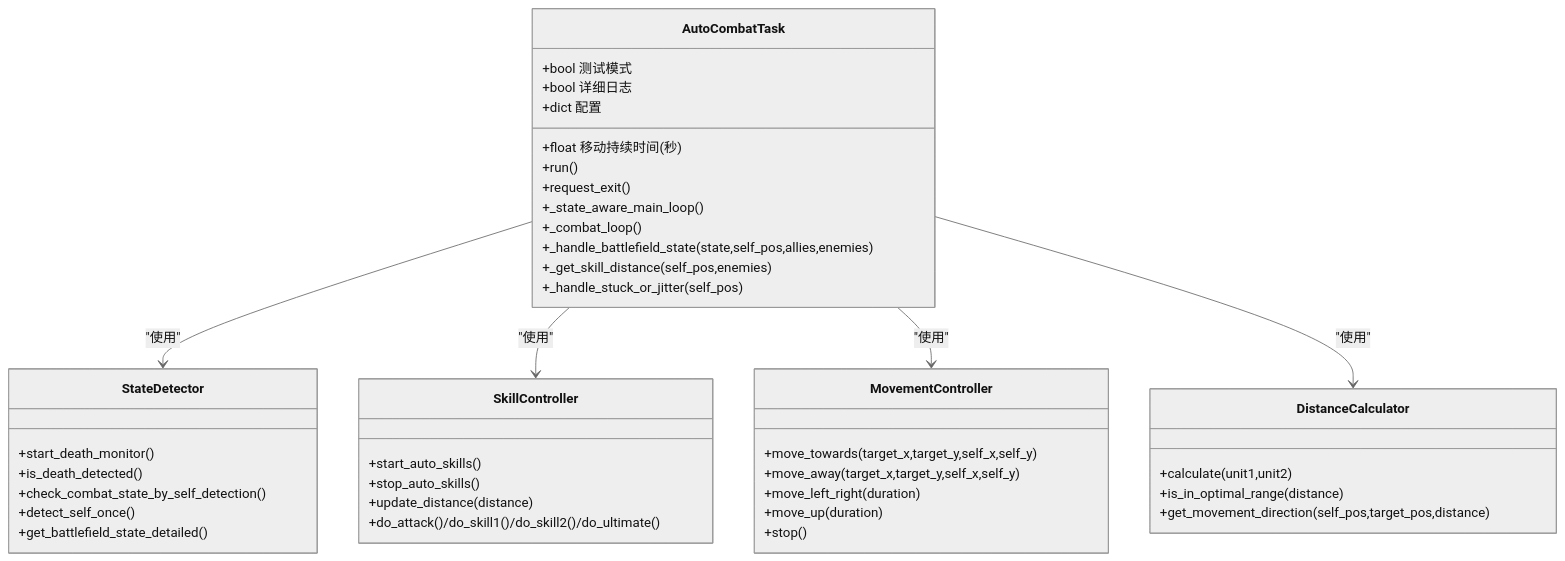
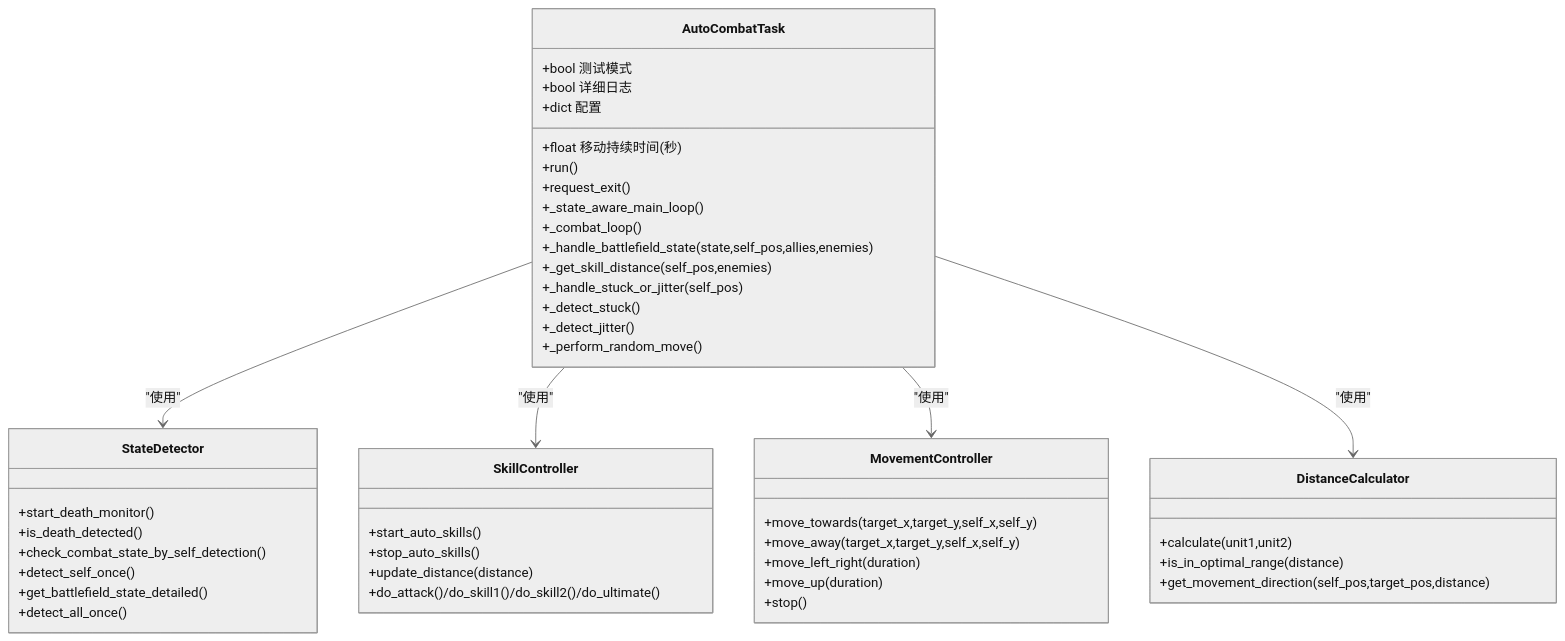
One commit to xsy098-max/ok-jump changed the third of 9 diagrams in .qoder/repowiki/zh/content/任务系统/自动战斗任务.md. Above: the diagram before and after it, drawn with Mermaid (neutral theme). The commit also changed other lines of this file and 21 other files, not shown here.

````diff
--- a/.qoder/repowiki/zh/content/任务系统/自动战斗任务.md
+++ b/.qoder/repowiki/zh/content/任务系统/自动战斗任务.md
@@ -165,45 +176,49 @@
 ```mermaid
 classDiagram
 class AutoCombatTask {
 +bool 测试模式
 +bool 详细日志
 +float 移动持续时间(秒)
 +dict 配置
 +run()
 +request_exit()
 +_state_aware_main_loop()
 +_combat_loop()
 +_handle_battlefield_state(state,self_pos,allies,enemies)
 +_get_skill_distance(self_pos,enemies)
 +_handle_stuck_or_jitter(self_pos)
++_detect_stuck()
++_detect_jitter()
++_perform_random_move()
 }
 class StateDetector {
 +start_death_monitor()
 +is_death_detected()
 +check_combat_state_by_self_detection()
 +detect_self_once()
 +get_battlefield_state_detailed()
++detect_all_once()
 }
 class SkillController {
 +start_auto_skills()
 +stop_auto_skills()
 +update_distance(distance)
 +do_attack()/do_skill1()/do_skill2()/do_ultimate()
 }
 class MovementController {
 +move_towards(target_x,target_y,self_x,self_y)
 +move_away(target_x,target_y,self_x,self_y)
 +move_left_right(duration)
 +move_up(duration)
 +stop()
 }
 class DistanceCalculator {
 +calculate(unit1,unit2)
 +is_in_optimal_range(distance)
 +get_movement_direction(self_pos,target_pos,distance)
 }
 AutoCombatTask --> StateDetector : "使用"
 AutoCombatTask --> SkillController : "使用"
 AutoCombatTask --> MovementController : "使用"
 AutoCombatTask --> DistanceCalculator : "使用"
 ```
````
